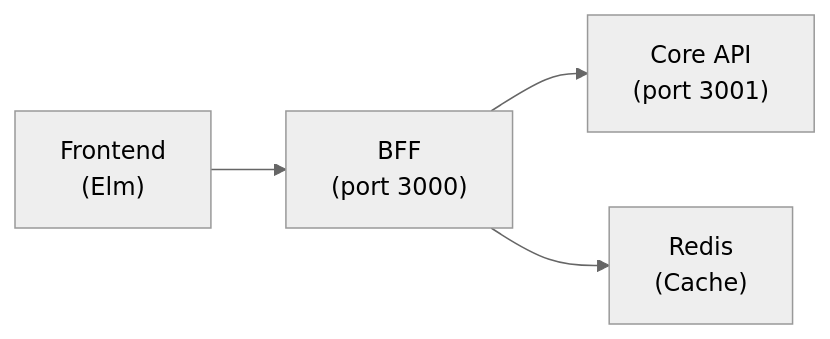
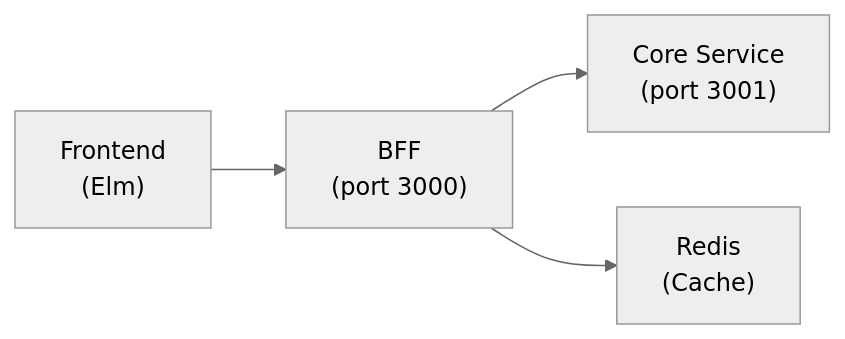
One commit to ka2kama/ringiflow changed the first of 3 diagrams in docs/06_技術ノート/BFFパターン.md. Above: the diagram before and after it, drawn with Mermaid (neutral theme). The commit also changed other lines of this file and 55 other files, not shown here.

````diff
--- a/docs/06_技術ノート/BFFパターン.md
+++ b/docs/06_技術ノート/BFFパターン.md
@@ -10,11 +10,11 @@
 ```mermaid
 flowchart LR
     Frontend["Frontend<br/>(Elm)"]
     BFF["BFF<br/>(port 3000)"]
-    CoreAPI["Core API<br/>(port 3001)"]
+    CoreService["Core Service<br/>(port 3001)"]
     Redis["Redis<br/>(Cache)"]
 
     Frontend --> BFF
-    BFF --> CoreAPI
+    BFF --> CoreService
     BFF --> Redis
 ```
````
